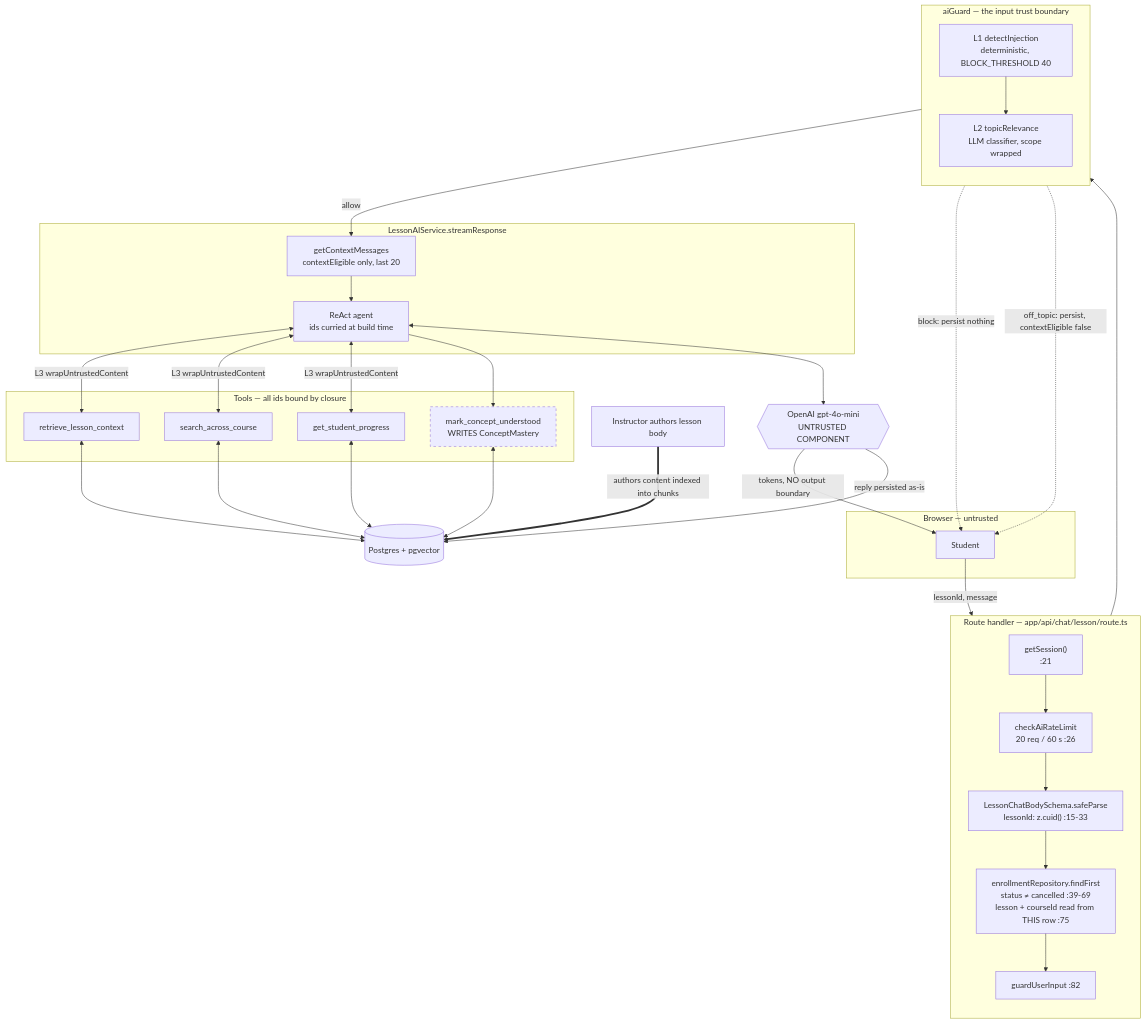
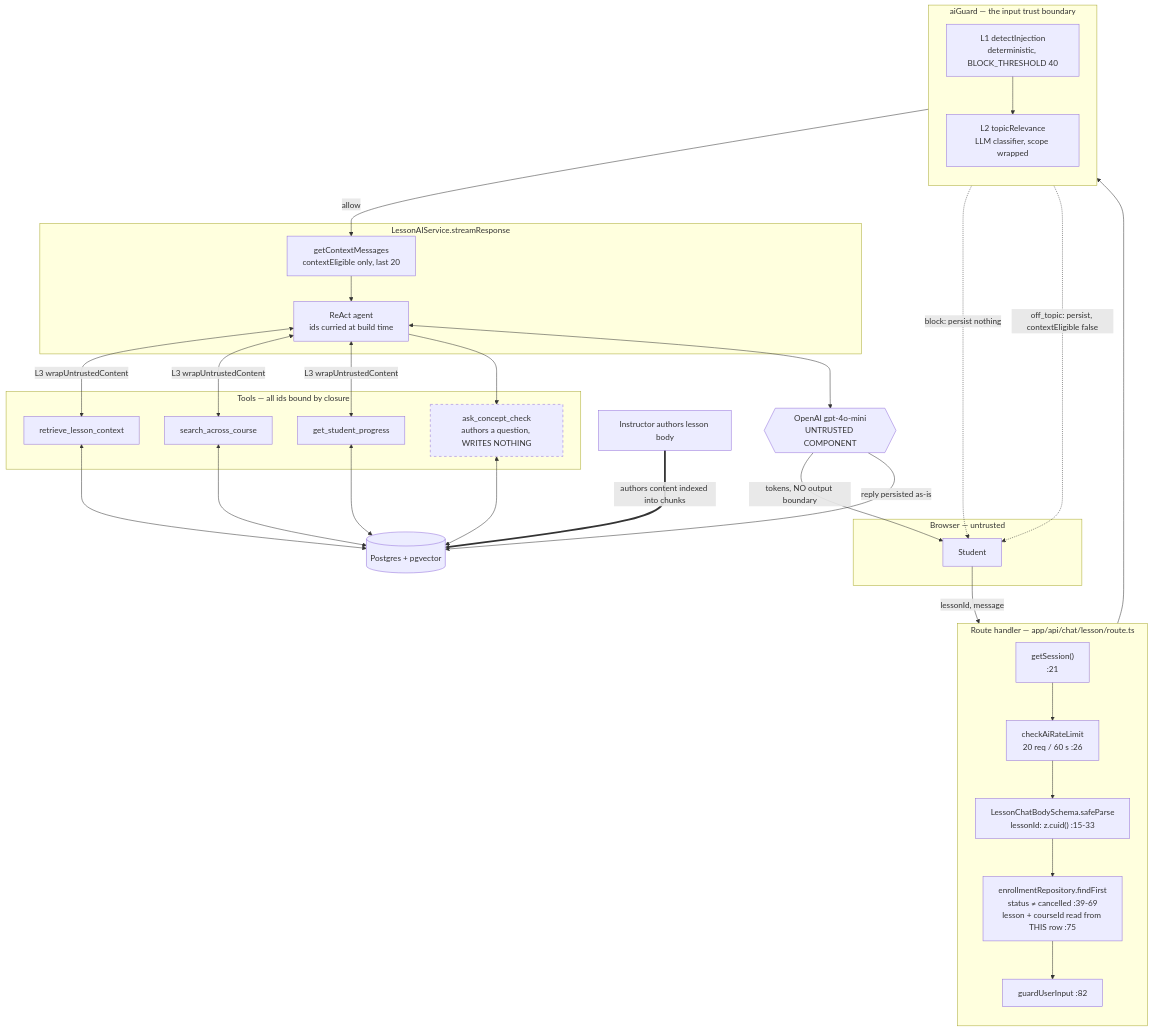
The diagram in docs/specs/features/ai-tutor-guardrails/threat-model.md (Volodymyr2608/learnix), drawn with Mermaid before and after one commit. The commit also changed other lines of this file and 9 other files, not shown here.

````diff
--- a/docs/specs/features/ai-tutor-guardrails/threat-model.md
+++ b/docs/specs/features/ai-tutor-guardrails/threat-model.md
@@ -73,54 +73,54 @@
 ```mermaid
 flowchart TB
     subgraph client["Browser — untrusted"]
         U["Student"]
     end
 
     subgraph route["Route handler — app/api/chat/lesson/route.ts"]
         direction TB
         AUTH["getSession()<br/>:21"]
         RL["checkAiRateLimit<br/>20 req / 60 s :26"]
         ZOD["LessonChatBodySchema.safeParse<br/>lessonId: z.cuid() :15-33"]
         ENR["enrollmentRepository.findFirst<br/>status ≠ cancelled :39-69<br/>lesson + courseId read from THIS row :75"]
         G["guardUserInput :82"]
     end
 
     subgraph guard["aiGuard — the input trust boundary"]
         direction TB
         L1["L1 detectInjection<br/>deterministic, BLOCK_THRESHOLD 40"]
         L2["L2 topicRelevance<br/>LLM classifier, scope wrapped"]
     end
 
     subgraph svc["LessonAIService.streamResponse"]
         HIST["getContextMessages<br/>contextEligible only, last 20"]
         AG["ReAct agent<br/>ids curried at build time"]
     end
 
     subgraph tools["Tools — all ids bound by closure"]
         T1["retrieve_lesson_context"]
         T2["search_across_course"]
         T3["get_student_progress"]
-        T4["mark_concept_understood<br/>WRITES ConceptMastery"]
+        T4["ask_concept_check<br/>authors a question, WRITES NOTHING"]
     end
 
     DB[("Postgres + pgvector")]
     M{{"OpenAI gpt-4o-mini<br/>UNTRUSTED COMPONENT"}}
     INS["Instructor authors lesson body"]
 
     U -->|"lessonId, message"| AUTH --> RL --> ZOD --> ENR --> G
     G --> L1 --> L2
     L2 -->|allow| HIST --> AG
     L1 -.->|"block: persist nothing"| U
     L2 -.->|"off_topic: persist, contextEligible false"| U
 
     AG <-->|"L3 wrapUntrustedContent"| T1 & T2 & T3
     AG --> T4
     T1 & T2 & T3 & T4 <--> DB
     INS ==>|"authors content indexed into chunks"| DB
     AG <--> M
     M -->|"tokens, NO output boundary"| U
     M -->|"reply persisted as-is"| DB
 
     classDef gap stroke-dasharray: 5 5
     class T4 gap
 ```
````
